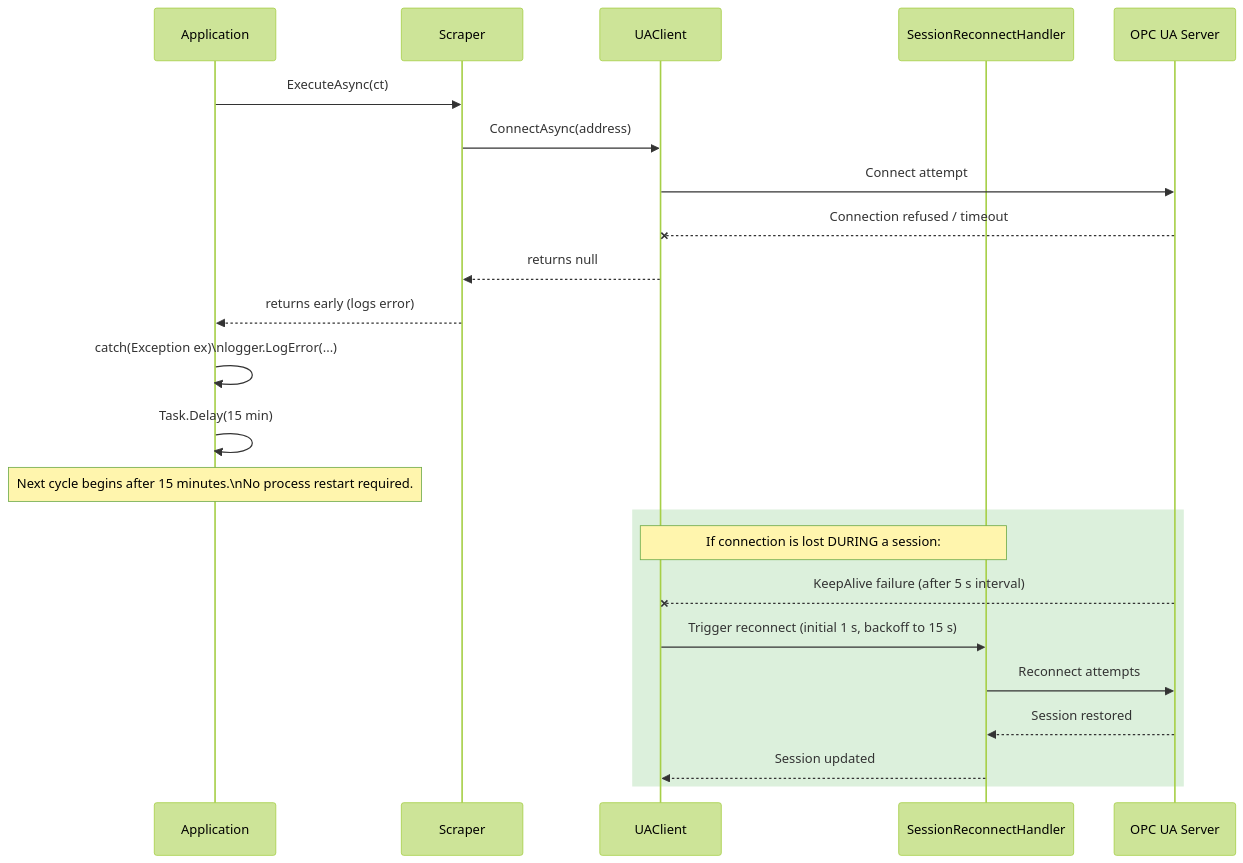
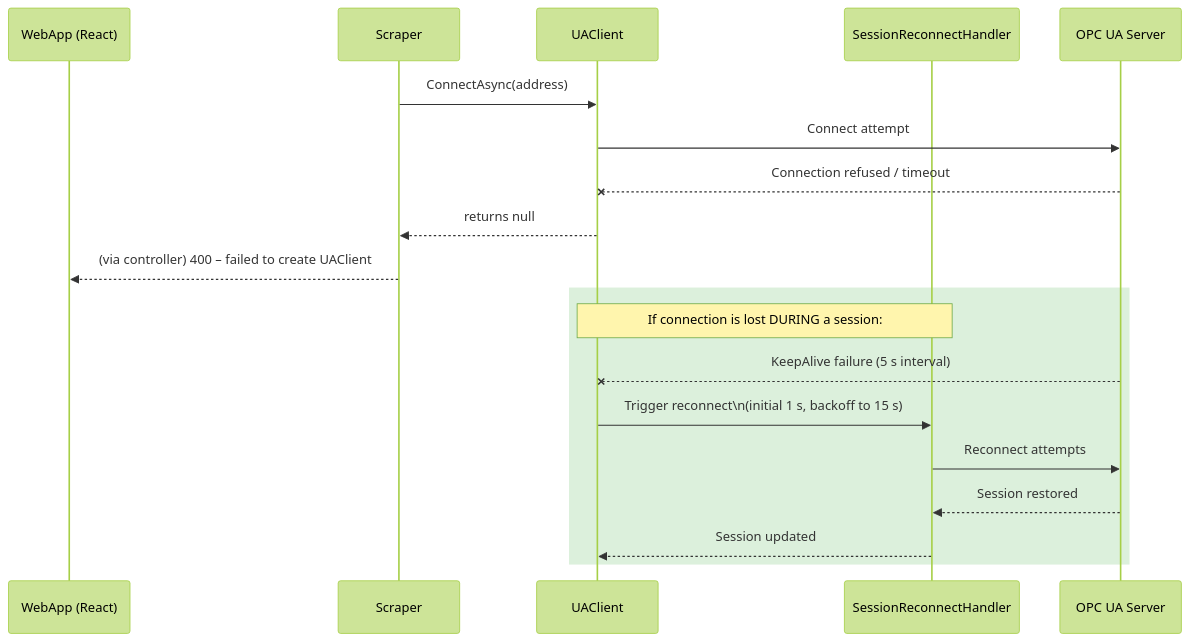
The sixth of 6 diagrams in docs/06_runtime_view.adoc (Rebel-it/rebel-ot-discover-edgeapp), drawn with Mermaid (forest theme) before and after one commit. The commit also changed other lines of this file and 12 other files, not shown here.

```diff
--- a/docs/06_runtime_view.adoc
+++ b/docs/06_runtime_view.adoc
@@ -133,30 +196,24 @@
 [mermaid]
 ....
 sequenceDiagram
-    participant App as Application
+    participant FE as WebApp (React)
     participant Sc as Scraper
     participant UA as UAClient
     participant RH as SessionReconnectHandler
     participant OPC as OPC UA Server
 
-    App->>Sc: ExecuteAsync(ct)
     Sc->>UA: ConnectAsync(address)
     UA->>OPC: Connect attempt
     OPC--xUA: Connection refused / timeout
-
     UA-->>Sc: returns null
-    Sc-->>App: returns early (logs error)
-
-    App->>App: catch(Exception ex)\nlogger.LogError(...)
-    App->>App: Task.Delay(15 min)
-    Note over App: Next cycle begins after 15 minutes.\nNo process restart required.
+    Sc-->>FE: (via controller) 400 – failed to create UAClient
 
     rect rgb(220,240,220)
         Note over UA,RH: If connection is lost DURING a session:
-        OPC--xUA: KeepAlive failure (after 5 s interval)
-        UA->>RH: Trigger reconnect (initial 1 s, backoff to 15 s)
+        OPC--xUA: KeepAlive failure (5 s interval)
+        UA->>RH: Trigger reconnect\n(initial 1 s, backoff to 15 s)
         RH->>OPC: Reconnect attempts
         OPC-->>RH: Session restored
         RH-->>UA: Session updated
     end
 ....
```
